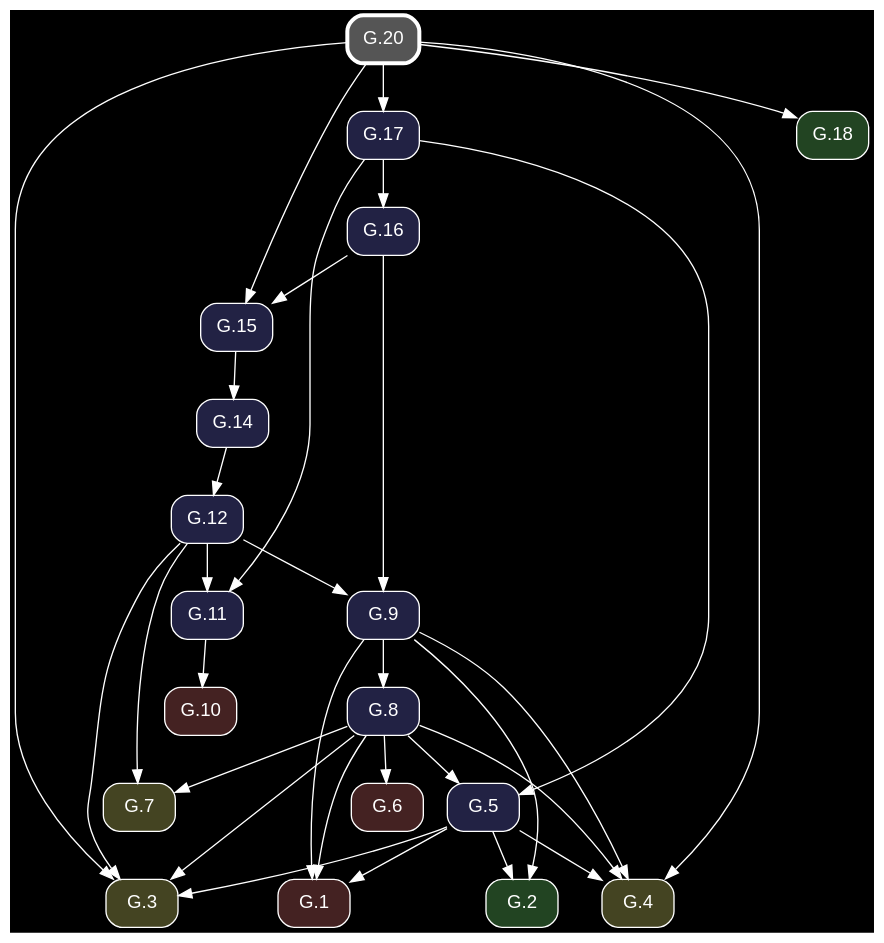
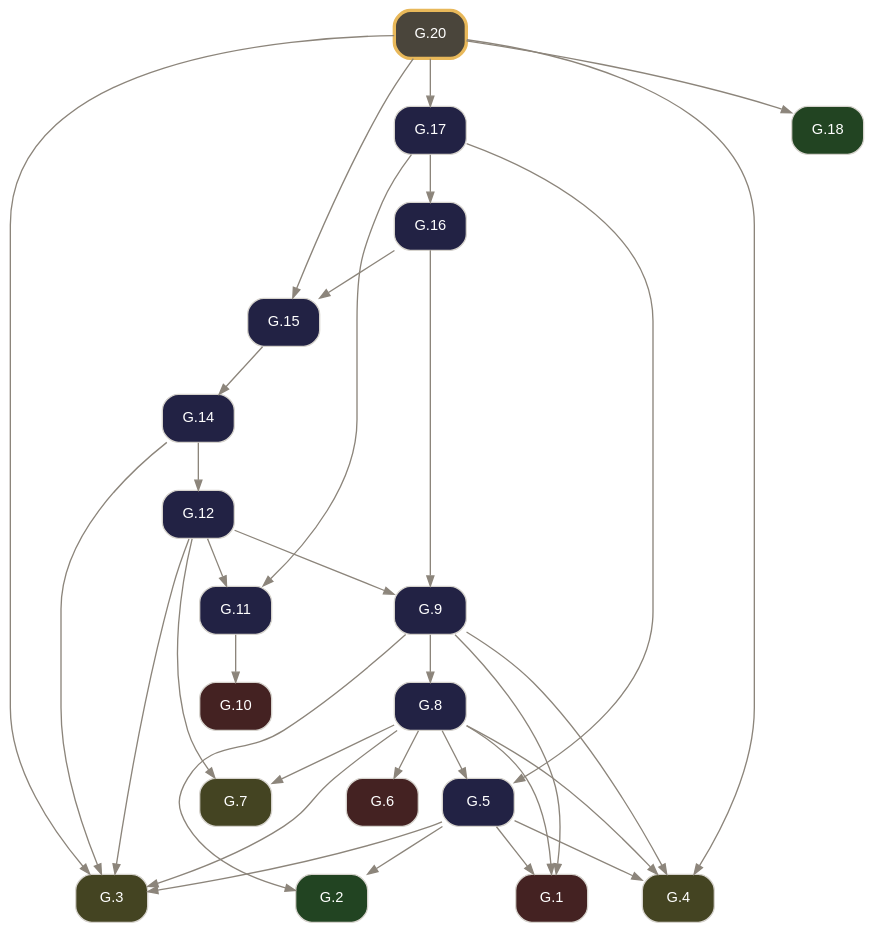
Before and after one commit to geometor/elements: the diagram in docsrc/elements2/G.20/index.rst, drawn with Graphviz. The commit also changed other lines of this file and 261 other files, not shown here.

Commit message:
feat: rebuild Elements 2.0 G-Index pipeline from composed Euclid Heath edition (v0.3.0)

```diff
--- a/docsrc/elements2/G.20/index.rst
+++ b/docsrc/elements2/G.20/index.rst
@@ -68,57 +71,58 @@
 .. graphviz::
 
    digraph {
-     bgcolor="black";
-     node [shape=box, style="rounded,filled", fontname="Helvetica", color="white", fontcolor="white"];
-     edge [color="white", fontcolor="white"];
+     bgcolor="transparent";
+     node [shape=box, style="rounded,filled", fontname="Helvetica", fontsize=11, color="#d6d3cd", fontcolor="#ffffff"];
+     edge [color="#8c857b", fontcolor="#8c857b", arrowsize=0.75];
      rankdir="TB";
-     "G.6" [label="G.6", fillcolor="#442222", URL="/elements2/G.6/", target="_top"];
-     "G.7" [label="G.7", fillcolor="#444422", URL="/elements2/G.7/", target="_top"];
-     "G.10" [label="G.10", fillcolor="#442222", URL="/elements2/G.10/", target="_top"];
-     "G.17" [label="G.17", fillcolor="#222244", URL="/elements2/G.17/", target="_top"];
-     "G.3" [label="G.3", fillcolor="#444422", URL="/elements2/G.3/", target="_top"];
-     "G.15" [label="G.15", fillcolor="#222244", URL="/elements2/G.15/", target="_top"];
-     "G.5" [label="G.5", fillcolor="#222244", URL="/elements2/G.5/", target="_top"];
-     "G.1" [label="G.1", fillcolor="#442222", URL="/elements2/G.1/", target="_top"];
-     "G.2" [label="G.2", fillcolor="#224422", URL="/elements2/G.2/", target="_top"];
-     "G.12" [label="G.12", fillcolor="#222244", URL="/elements2/G.12/", target="_top"];
-     "G.20" [label="G.20", penwidth=3, color="white", fillcolor="#555555", URL="/elements2/G.20/", target="_top"];
-     "G.14" [label="G.14", fillcolor="#222244", URL="/elements2/G.14/", target="_top"];
-     "G.8" [label="G.8", fillcolor="#222244", URL="/elements2/G.8/", target="_top"];
-     "G.9" [label="G.9", fillcolor="#222244", URL="/elements2/G.9/", target="_top"];
-     "G.18" [label="G.18", fillcolor="#224422", URL="/elements2/G.18/", target="_top"];
-     "G.11" [label="G.11", fillcolor="#222244", URL="/elements2/G.11/", target="_top"];
-     "G.4" [label="G.4", fillcolor="#444422", URL="/elements2/G.4/", target="_top"];
-     "G.16" [label="G.16", fillcolor="#222244", URL="/elements2/G.16/", target="_top"];
-     "G.8" -> "G.6";
-     "G.8" -> "G.7";
-     "G.12" -> "G.7";
-     "G.11" -> "G.10";
-     "G.20" -> "G.17";
-     "G.5" -> "G.3";
-     "G.8" -> "G.3";
-     "G.20" -> "G.3";
-     "G.12" -> "G.3";
-     "G.16" -> "G.15";
-     "G.20" -> "G.15";
-     "G.8" -> "G.5";
-     "G.17" -> "G.5";
+     "G.1" [label="G.1", tooltip="G.1 (I.cn.1)", fillcolor="#442222", URL="../G.1/index.html", target="_top"];
+     "G.2" [label="G.2", tooltip="G.2 (I.def.15)", fillcolor="#224422", URL="../G.2/index.html", target="_top"];
+     "G.3" [label="G.3", tooltip="G.3 (I.post.1)", fillcolor="#444422", URL="../G.3/index.html", target="_top"];
+     "G.4" [label="G.4", tooltip="G.4 (I.post.3)", fillcolor="#444422", URL="../G.4/index.html", target="_top"];
+     "G.5" [label="G.5", tooltip="G.5 (I.1)", fillcolor="#222244", URL="../G.5/index.html", target="_top"];
+     "G.6" [label="G.6", tooltip="G.6 (I.cn.3)", fillcolor="#442222", URL="../G.6/index.html", target="_top"];
+     "G.7" [label="G.7", tooltip="G.7 (I.post.2)", fillcolor="#444422", URL="../G.7/index.html", target="_top"];
+     "G.8" [label="G.8", tooltip="G.8 (I.2)", fillcolor="#222244", URL="../G.8/index.html", target="_top"];
+     "G.9" [label="G.9", tooltip="G.9 (I.3)", fillcolor="#222244", URL="../G.9/index.html", target="_top"];
+     "G.10" [label="G.10", tooltip="G.10 (I.cn.4)", fillcolor="#442222", URL="../G.10/index.html", target="_top"];
+     "G.11" [label="G.11", tooltip="G.11 (I.4)", fillcolor="#222244", URL="../G.11/index.html", target="_top"];
+     "G.12" [label="G.12", tooltip="G.12 (I.5)", fillcolor="#222244", URL="../G.12/index.html", target="_top"];
+     "G.14" [label="G.14", tooltip="G.14 (I.7)", fillcolor="#222244", URL="../G.14/index.html", target="_top"];
+     "G.15" [label="G.15", tooltip="G.15 (I.8)", fillcolor="#222244", URL="../G.15/index.html", target="_top"];
+     "G.16" [label="G.16", tooltip="G.16 (I.9)", fillcolor="#222244", URL="../G.16/index.html", target="_top"];
+     "G.17" [label="G.17", tooltip="G.17 (I.10)", fillcolor="#222244", URL="../G.17/index.html", target="_top"];
+     "G.18" [label="G.18", tooltip="G.18 (I.def.10)", fillcolor="#224422", URL="../G.18/index.html", target="_top"];
+     "G.20" [label="G.20", tooltip="G.20 (I.12)", penwidth=2.5, color="#e8b85a", fillcolor="#4a453b", URL="index.html", target="_top"];
      "G.5" -> "G.1";
      "G.8" -> "G.1";
      "G.9" -> "G.1";
      "G.5" -> "G.2";
      "G.9" -> "G.2";
+     "G.5" -> "G.3";
+     "G.8" -> "G.3";
+     "G.12" -> "G.3";
+     "G.14" -> "G.3";
+     "G.20" -> "G.3";
+     "G.5" -> "G.4";
+     "G.8" -> "G.4";
+     "G.9" -> "G.4";
+     "G.20" -> "G.4";
+     "G.8" -> "G.5";
+     "G.17" -> "G.5";
+     "G.8" -> "G.6";
+     "G.8" -> "G.7";
+     "G.12" -> "G.7";
+     "G.9" -> "G.8";
+     "G.12" -> "G.9";
+     "G.16" -> "G.9";
+     "G.11" -> "G.10";
+     "G.12" -> "G.11";
+     "G.17" -> "G.11";
      "G.14" -> "G.12";
      "G.15" -> "G.14";
-     "G.9" -> "G.8";
-     "G.16" -> "G.9";
-     "G.12" -> "G.9";
+     "G.16" -> "G.15";
+     "G.20" -> "G.15";
+     "G.17" -> "G.16";
+     "G.20" -> "G.17";
      "G.20" -> "G.18";
-     "G.17" -> "G.11";
-     "G.12" -> "G.11";
-     "G.5" -> "G.4";
-     "G.8" -> "G.4";
-     "G.20" -> "G.4";
-     "G.9" -> "G.4";
-     "G.17" -> "G.16";
    }
```
